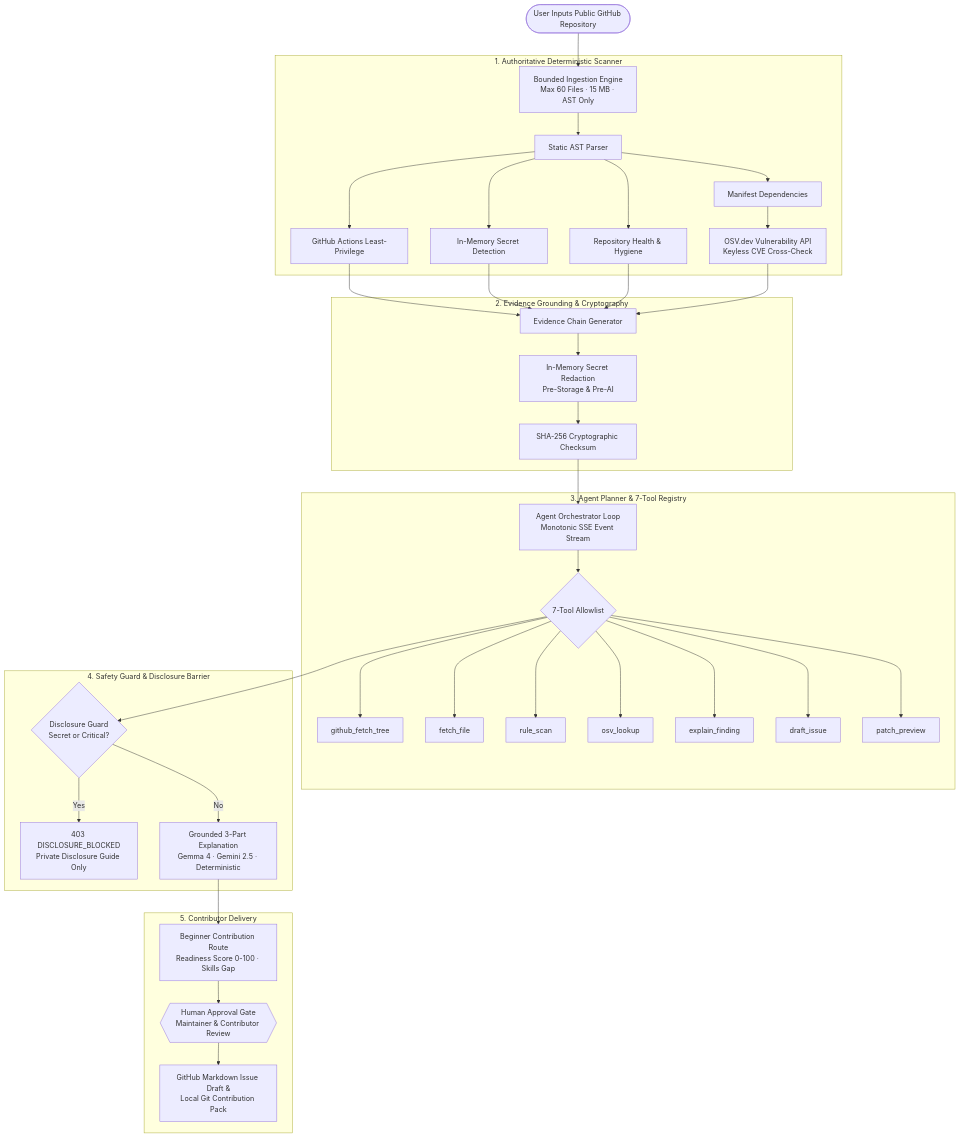
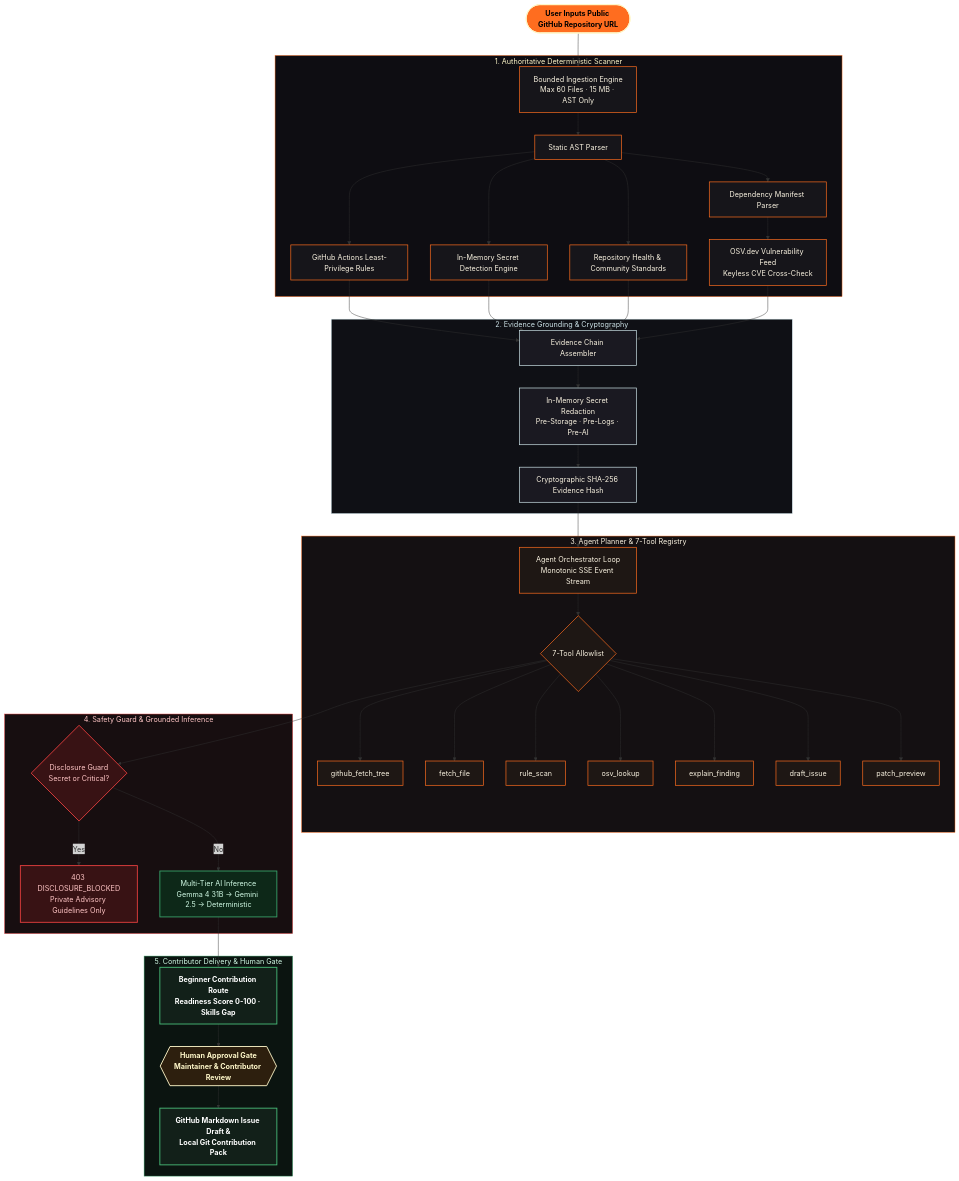
One commit to meoxx009/AgentXContriBLens changed the first of 2 diagrams in README.md. Above: the diagram before and after it, drawn with Mermaid. The commit also changed other lines of this file and 6 other files, not shown here.

Commit message:
docs: refresh README with current live-app screenshots and upgraded animated diagrams

````diff
--- a/README.md
+++ b/README.md
@@ -141,44 +161,60 @@
 ```mermaid
 flowchart TD
-    %% Base Styling & Flow
-    Start([User Inputs Public GitHub Repository]) --> Ingestion[Bounded Ingestion Engine<br/>Max 60 Files · 15 MB · AST Only]
-    
-    subgraph Scanner[" 1. Authoritative Deterministic Scanner "]
-        Ingestion --> AST[Static AST Parser]
-        AST --> R1[GitHub Actions Least-Privilege]
-        AST --> R2[Manifest Dependencies]
-        AST --> R3[In-Memory Secret Detection]
-        AST --> R4[Repository Health & Hygiene]
-        R2 --> OSV[OSV.dev Vulnerability API<br/>Keyless CVE Cross-Check]
+    %% ContribLens Liquid Glass & Smoky Dark Theme Palette
+    classDef startEnd fill:#FF6D1F,stroke:#FFF8CA,stroke-width:2px,color:#000000,font-weight:bold;
+    classDef scannerStage fill:#16151A,stroke:#FF6D1F,stroke-width:1.5px,color:#FAF3E1;
+    classDef groundingStage fill:#1A1921,stroke:#CDE3E8,stroke-width:1.5px,color:#FAF3E1;
+    classDef agentStage fill:#1E1714,stroke:#FF6D1F,stroke-width:1.5px,color:#FAF3E1;
+    classDef guardBlocked fill:#381214,stroke:#E53E3E,stroke-width:2px,color:#FFC5C5;
+    classDef guardPassed fill:#0D2818,stroke:#38A169,stroke-width:2px,color:#D1FAE5;
+    classDef humanGate fill:#2D1F0E,stroke:#FFF8CA,stroke-width:2px,color:#FFF8CA,font-weight:bold;
+    classDef exportDeliver fill:#122019,stroke:#48BB78,stroke-width:2px,color:#FFFFFF,font-weight:bold;
+    classDef default fill:#141318,stroke:#2D2B35,stroke-width:1.5px,color:#FAF3E1;
+
+    Start([User Inputs Public GitHub Repository URL]):::startEnd --> Ingest[Bounded Ingestion Engine<br/>Max 60 Files · 15 MB · AST Only]:::scannerStage
+
+    subgraph S1[" 1. Authoritative Deterministic Scanner "]
+        Ingest --> AST[Static AST Parser]:::scannerStage
+        AST --> R1[GitHub Actions Least-Privilege Rules]:::scannerStage
+        AST --> R2[Dependency Manifest Parser]:::scannerStage
+        AST --> R3[In-Memory Secret Detection Engine]:::scannerStage
+        AST --> R4[Repository Health & Community Standards]:::scannerStage
+        R2 --> OSV[OSV.dev Vulnerability Feed<br/>Keyless CVE Cross-Check]:::scannerStage
     end
 
-    subgraph Grounding[" 2. Evidence Grounding & Cryptography "]
-        R1 & R3 & R4 & OSV --> Evidence[Evidence Chain Generator]
-        Evidence --> Redactor[In-Memory Secret Redaction<br/>Pre-Storage & Pre-AI]
-        Redactor --> Hash[SHA-256 Cryptographic Checksum]
+    subgraph S2[" 2. Evidence Grounding & Cryptography "]
+        R1 & R3 & R4 & OSV --> Chain[Evidence Chain Assembler]:::groundingStage
+        Chain --> Redact[In-Memory Secret Redaction<br/>Pre-Storage · Pre-Logs · Pre-AI]:::groundingStage
+        Redact --> Hash[Cryptographic SHA-256 Evidence Hash]:::groundingStage
     end
 
-    subgraph Orchestrator[" 3. Agent Planner & 7-Tool Registry "]
-        Hash --> Planner[Agent Orchestrator Loop<br/>Monotonic SSE Event Stream]
-        Planner --> TRegistry{7-Tool Allowlist}
-        TRegistry --> T1[github_fetch_tree]
-        TRegistry --> T2[fetch_file]
-        TRegistry --> T3[rule_scan]
-        TRegistry --> T4[osv_lookup]
-        TRegistry --> T5[explain_finding]
-        TRegistry --> T6[draft_issue]
-        TRegistry --> T7[patch_preview]
+    subgraph S3[" 3. Agent Planner & 7-Tool Registry "]
+        Hash --> Loop[Agent Orchestrator Loop<br/>Monotonic SSE Event Stream]:::agentStage
+        Loop --> Registry{7-Tool Allowlist}:::agentStage
+        Registry --> T1[github_fetch_tree]:::agentStage
+        Registry --> T2[fetch_file]:::agentStage
+        Registry --> T3[rule_scan]:::agentStage
+        Registry --> T4[osv_lookup]:::agentStage
+        Registry --> T5[explain_finding]:::agentStage
+        Registry --> T6[draft_issue]:::agentStage
+        Registry --> T7[patch_preview]:::agentStage
     end
 
-    subgraph Safety[" 4. Safety Guard & Disclosure Barrier "]
-        TRegistry --> Guard{Disclosure Guard<br/>Secret or Critical?}
-        Guard -- Yes --> Block[403 DISCLOSURE_BLOCKED<br/>Private Disclosure Guide Only]
-        Guard -- No --> AIExp[Grounded 3-Part Explanation<br/>Gemma 4 · Gemini 2.5 · Deterministic]
+    subgraph S4[" 4. Safety Guard & Grounded Inference "]
+        Registry --> Guard{Disclosure Guard<br/>Secret or Critical?}:::guardBlocked
+        Guard -- Yes --> Block[403 DISCLOSURE_BLOCKED<br/>Private Advisory Guidelines Only]:::guardBlocked
+        Guard -- No --> AI[Multi-Tier AI Inference<br/>Gemma 4 31B → Gemini 2.5 → Deterministic]:::guardPassed
     end
 
-    subgraph Output[" 5. Contributor Delivery "]
-        AIExp --> Plan[Beginner Contribution Route<br/>Readiness Score 0-100 · Skills Gap]
-        Plan --> HumanGate{{Human Approval Gate<br/>Maintainer & Contributor Review}}
-        HumanGate --> Export[GitHub Markdown Issue Draft &<br/>Local Git Contribution Pack]
+    subgraph S5[" 5. Contributor Delivery & Human Gate "]
+        AI --> Route[Beginner Contribution Route<br/>Readiness Score 0-100 · Skills Gap]:::exportDeliver
+        Route --> Gate{{Human Approval Gate<br/>Maintainer & Contributor Review}}:::humanGate
+        Gate --> Export[GitHub Markdown Issue Draft &<br/>Local Git Contribution Pack]:::exportDeliver
     end
+
+    style S1 fill:#0E0D12,stroke:#FF6D1F,stroke-width:1px,color:#FFF8CA
+    style S2 fill:#0F1015,stroke:#CDE3E8,stroke-width:1px,color:#CDE3E8
+    style S3 fill:#141012,stroke:#FF6D1F,stroke-width:1px,color:#FAF3E1
+    style S4 fill:#170E10,stroke:#E53E3E,stroke-width:1px,color:#FFC5C5
+    style S5 fill:#0B1410,stroke:#38A169,stroke-width:1px,color:#D1FAE5
 ```
````
